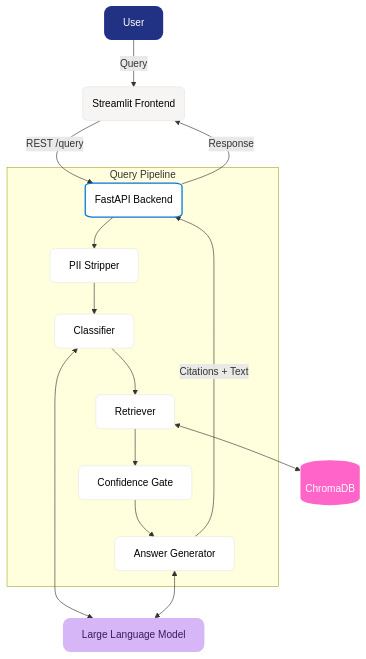
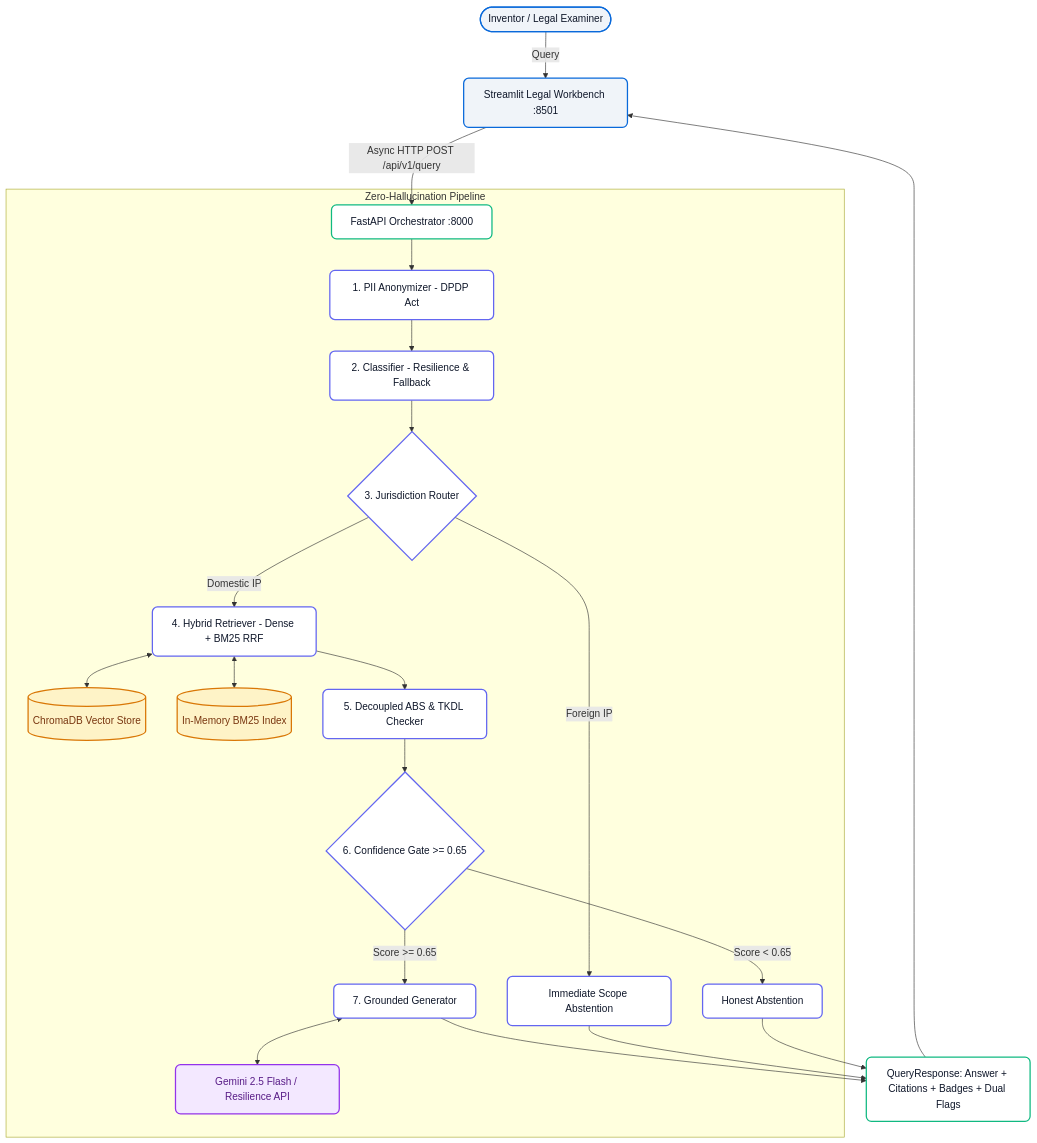
One commit to HemantKumar822/ip-sakti-sahayak changed the diagram in README.md. Above: the diagram before and after it, drawn with Mermaid. The commit also changed other lines of this file and 35 other files, not shown here.

````diff
--- a/README.md
+++ b/README.md
@@ -35,28 +118,35 @@
 ```mermaid
 graph TD
-    %% Styling based on design system tokens
-    classDef user fill:#213183,color:#ffffff,stroke:none,rx:12px;
-    classDef frontend fill:#f6f5f4,stroke:#e6e6e6,color:#000000,rx:12px;
-    classDef api fill:#ffffff,stroke:#0075de,stroke-width:2px,color:#000000,rx:12px;
-    classDef llm fill:#d6b6f6,stroke:none,color:#391c57,rx:12px;
-    classDef db fill:#ff64c8,stroke:none,color:#ffffff,rx:12px;
-    classDef internal fill:#ffffff,stroke:#e6e6e6,color:#000000,rx:8px;
+    classDef client fill:#f0f4f9,stroke:#0969da,stroke-width:2px,color:#0f172a,rx:8px;
+    classDef gateway fill:#ffffff,stroke:#10b981,stroke-width:2px,color:#0f172a,rx:8px;
+    classDef pipeline fill:#ffffff,stroke:#6366f1,stroke-width:2px,color:#0f172a,rx:8px;
+    classDef storage fill:#fef3c7,stroke:#d97706,stroke-width:2px,color:#78350f,rx:8px;
+    classDef llm fill:#f3e8ff,stroke:#9333ea,stroke-width:2px,color:#581c87,rx:8px;
 
-    U[User]:::user -->|Query| F(Streamlit Frontend):::frontend
-    F -->|REST /query| A(FastAPI Backend):::api
+    User([Inventor / Legal Examiner]):::client -->|Query| UI[Streamlit Legal Workbench :8501]:::client
+    UI -->|Async HTTP POST /api/v1/query| API[FastAPI Orchestrator :8000]:::gateway
 
-    subgraph API [Query Pipeline]
-        A --> P[PII Stripper]:::internal
-        P --> C[Classifier]:::internal
-        C --> R[Retriever]:::internal
-        R --> G[Confidence Gate]:::internal
-        G --> AG[Answer Generator]:::internal
+    subgraph Core_Pipeline [Zero-Hallucination Pipeline]
+        API --> PII[1. PII Anonymizer - DPDP Act]:::pipeline
+        PII --> CLF[2. Classifier - Resilience & Fallback]:::pipeline
+        CLF --> ROUTER{3. Jurisdiction Router}:::pipeline
+        ROUTER -->|Foreign IP| ABSTAIN_INT[Immediate Scope Abstention]:::pipeline
+        ROUTER -->|Domestic IP| HYBRID[4. Hybrid Retriever - Dense + BM25 RRF]:::pipeline
+        
+        HYBRID <--> CHROMA[(ChromaDB Vector Store)]:::storage
+        HYBRID <--> BM25[(In-Memory BM25 Index)]:::storage
+        
+        HYBRID --> ABS_TKDL[5. Decoupled ABS & TKDL Checker]:::pipeline
+        ABS_TKDL --> GATE{6. Confidence Gate >= 0.65}:::pipeline
+        
+        GATE -->|Score < 0.65| ABSTAIN_CONF[Honest Abstention]:::pipeline
+        GATE -->|Score >= 0.65| GEN[7. Grounded Generator]:::pipeline
+        
+        GEN <--> GEMINI[Gemini 2.5 Flash / Resilience API]:::llm
     end
 
-    R <--> V[(ChromaDB)]:::db
-    C <--> LLM[Large Language Model]:::llm
-    AG <--> LLM
-
-    AG -->|Citations + Text| A
-    A -->|Response| F
+    GEN --> RESP[QueryResponse: Answer + Citations + Badges + Dual Flags]:::gateway
+    ABSTAIN_INT --> RESP
+    ABSTAIN_CONF --> RESP
+    RESP --> UI
 ```
````
